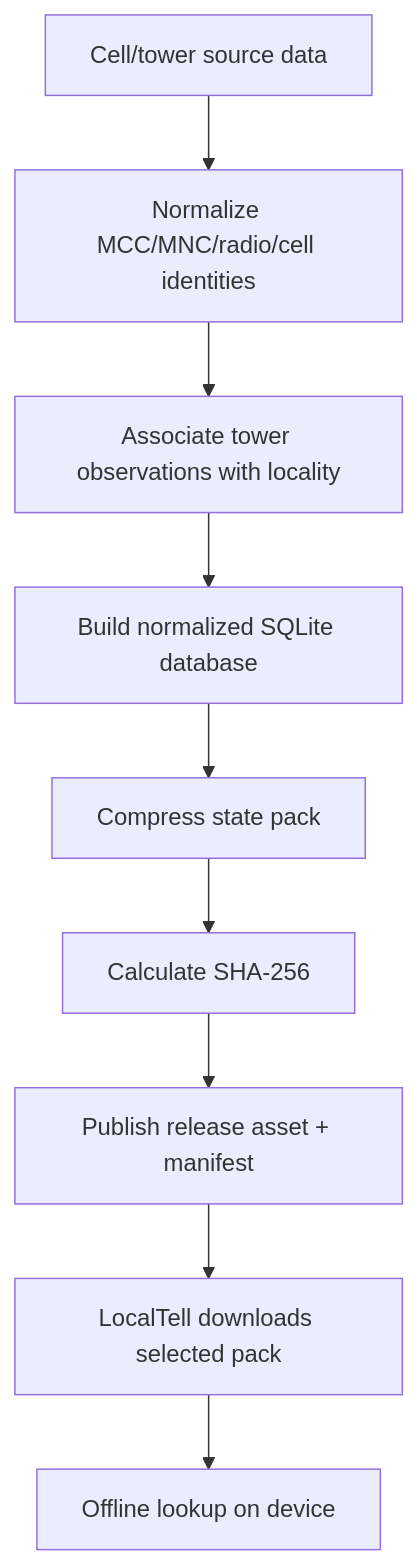
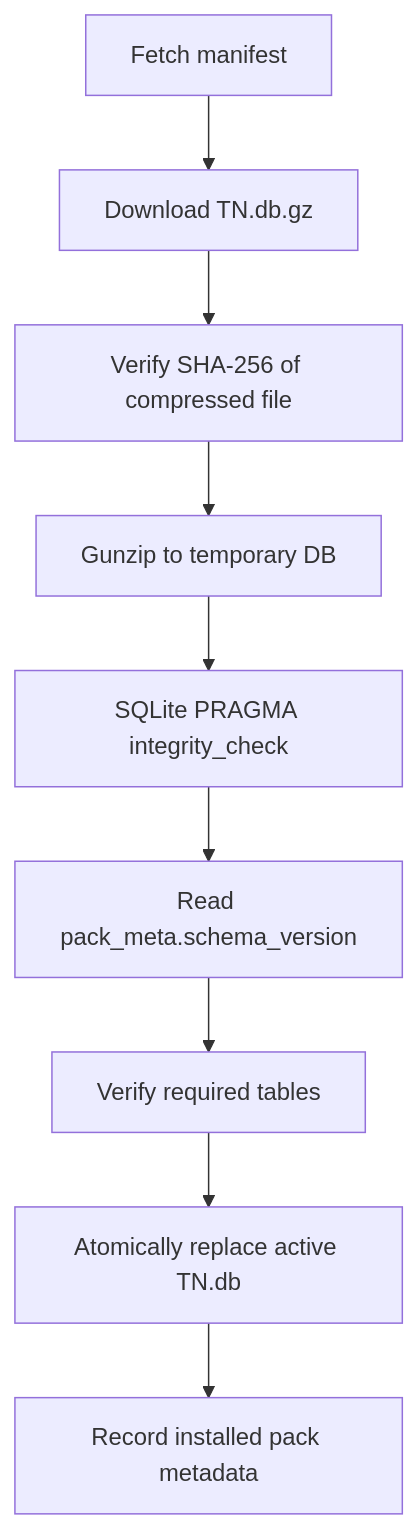
Before and after one commit to actionanand/local-tell: the fourth of 6 diagrams in docs/localtell-modern-android-locality-architecture.md, drawn with Mermaid. The commit also changed other lines of this file, not shown here.

Commit message:
docs: update LocalTell architecture for GNSS-first schema v3

````diff
--- a/docs/localtell-modern-android-locality-architecture.md
+++ b/docs/localtell-modern-android-locality-architecture.md
@@ -289,11 +585,11 @@
 ```mermaid
 flowchart TD
-    A[Cell/tower source data] --> B[Normalize MCC/MNC/radio/cell identities]
-    B --> C[Associate tower observations with locality]
-    C --> D[Build normalized SQLite database]
-    D --> E[Compress state pack]
-    E --> F[Calculate SHA-256]
-    F --> G[Publish release asset + manifest]
-    G --> H[LocalTell downloads selected pack]
-    H --> I[Offline lookup on device]
+    A[Fetch manifest] --> B[Download TN.db.gz]
+    B --> C[Verify SHA-256 of compressed file]
+    C --> D[Gunzip to temporary DB]
+    D --> E[SQLite PRAGMA integrity_check]
+    E --> F[Read pack_meta.schema_version]
+    F --> G[Verify required tables]
+    G --> H[Atomically replace active TN.db]
+    H --> I[Record installed pack metadata]
 ```
````
